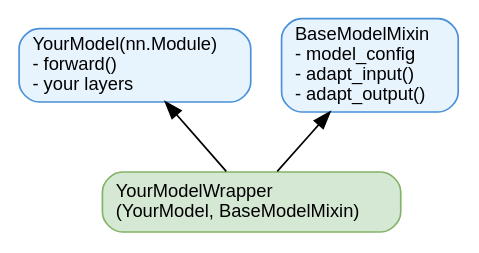
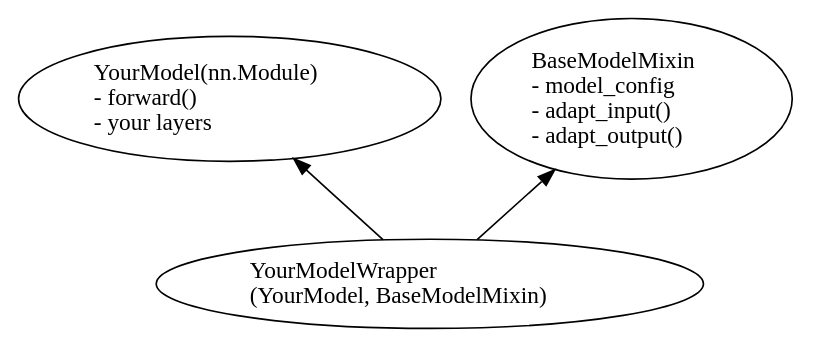
Before and after one commit to NVIDIA/nvalchemi-toolkit: the diagram in docs/userguide/models.md, drawn with Graphviz. The commit also changed other lines of this file and 140 other files, not shown here.

````diff
--- a/docs/userguide/models.md
+++ b/docs/userguide/models.md
@@ -224,30 +224,22 @@
 ```{graphviz}
 :caption: Multiple-inheritance pattern for model wrapping.
 
 digraph model_inheritance {
     rankdir=BT
     compound=true
-    fontname="Helvetica"
-    node [fontname="Helvetica" fontsize=11 shape=box style="filled,rounded"]
-    edge [fontname="Helvetica" fontsize=10]
 
     YourModel [
         label="YourModel(nn.Module)\l- forward()\l- your layers\l"
-        fillcolor="#E8F4FD"
-        color="#4A90D9"
     ]
     BaseModelMixin [
         label="BaseModelMixin\l- model_config\l- adapt_input()\l- adapt_output()\l"
-        fillcolor="#E8F4FD"
-        color="#4A90D9"
     ]
     YourModelWrapper [
         label="YourModelWrapper\l(YourModel, BaseModelMixin)\l"
-        fillcolor="#D5E8D4"
-        color="#82B366"
+        fillcolor="#26351d"
     ]
 
     YourModelWrapper -> YourModel
     YourModelWrapper -> BaseModelMixin
 }
 ```
````
